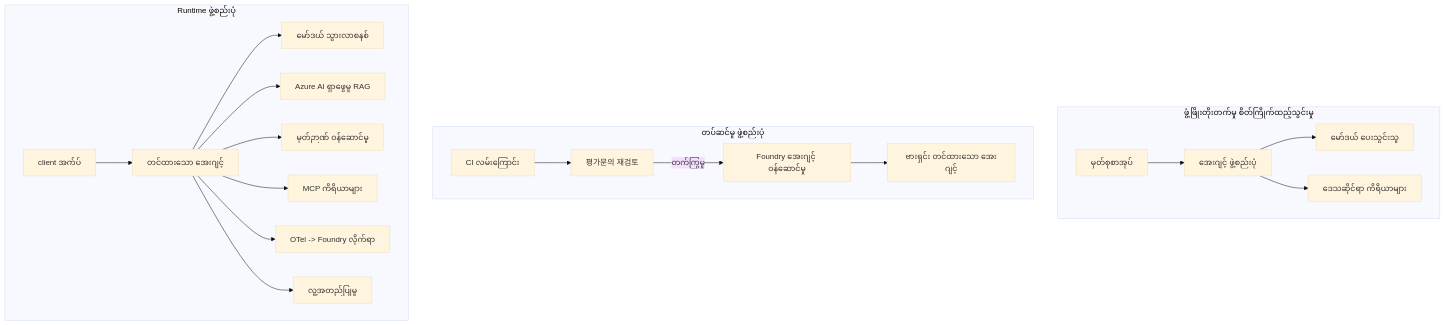
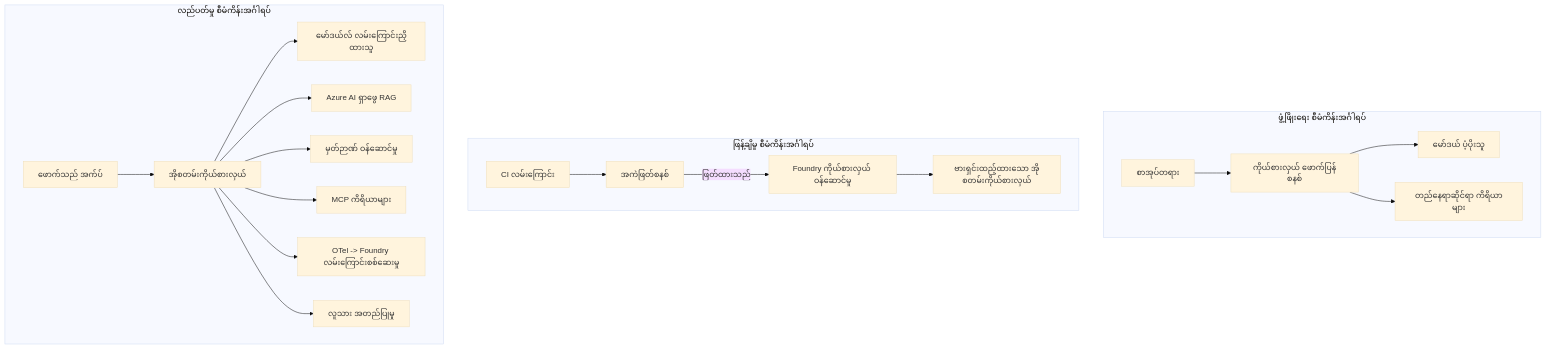
Before and after one commit to gabrielmoreira/agent-skills-mirror: the fourth of 4 diagrams in mirrors/repos/microsoft@ai-agents-for-beginners/translations/my/16-deploying-scalable-agents/README.md, drawn with Mermaid (base theme). The commit also changed other lines of this file and 3581 other files, not shown here.

````diff
--- a/mirrors/repos/microsoft@ai-agents-for-beginners/translations/my/16-deploying-scalable-agents/README.md
+++ b/mirrors/repos/microsoft@ai-agents-for-beginners/translations/my/16-deploying-scalable-agents/README.md
@@ -185,22 +185,22 @@
 ```mermaid
 flowchart TB
-    subgraph Dev[ဖွံ့ဖြိုးတိုးတက်မှု စိတ်ကြိုက်ထည့်သွင်းမှု]
-        D1[မှတ်စုစာအုပ်] --> D2[အေးဂျင့် ဖွဲ့စည်းပုံ]
-        D2 --> D3[မော်ဒယ် ပေးသွင်းသူ]
-        D2 --> D4[ဒေသဆိုင်ရာ ကိရိယာများ]
+    subgraph Dev[ဖွံ့ဖြိုးရေး စီမံကိန်းအင်္ဂါရပ်]
+        D1[စာအုပ်တရား] --> D2[ကိုယ်စားလှယ် ဖောက်ပြန်စနစ်]
+        D2 --> D3[မော်ဒယ် ပံ့ပိုးသူ]
+        D2 --> D4[တည်နေရာဆိုင်ရာ ကိရိယာများ]
     end
-    subgraph Deploy[တပ်ဆင်မှု ဖွဲ့စည်းပုံ]
-        E1[CI လမ်းကြောင်း] --> E2[평가문의 재검토]
-        E2 -->|တက်ကြွမှု| E3[Foundry အေးဂျင့် ဝန်ဆောင်မှု]
-        E3 --> E4[ဗားရှင်း တင်ထားသော အေးဂျင့်]
+    subgraph Deploy[ဖြန့်ချိမှု စီမံကိန်းအင်္ဂါရပ်]
+        E1[CI လမ်းကြောင်း] --> E2[အကဲဖြတ်စနစ်]
+        E2 -->|ဖြတ်ထားသည်| E3[Foundry ကိုယ်စားလှယ် ဝန်ဆောင်မှု]
+        E3 --> E4[ဗားရှင်းထည့်ထားသော အိုစတမ်းကိုယ်စားလှယ်]
     end
-    subgraph Run[Runtime ဖွဲ့စည်းပုံ]
-        F1[client အက်ပ်] --> F2[တင်ထားသော အေးဂျင့်]
-        F2 --> F3[မော်ဒယ် သွားလာစနစ်]
-        F2 --> F4[Azure AI ရှာဖွေမှု RAG]
+    subgraph Run[လည်ပတ်မှု စီမံကိန်းအင်္ဂါရပ်]
+        F1[ဖောက်သည် အက်ပ်] --> F2[အိုစတမ်းကိုယ်စားလှယ်]
+        F2 --> F3[မော်ဒယ်လ် လမ်းကြောင်းညှိထားသူ]
+        F2 --> F4[Azure AI ရှာဖွေ RAG]
         F2 --> F5[မှတ်ဉာဏ် ဝန်ဆောင်မှု]
         F2 --> F6[MCP ကိရိယာများ]
-        F2 --> F7[OTel -> Foundry လိုက်ရာ]
-        F2 --> F8[လူ့အတည်ပြုမှု]
+        F2 --> F7[OTel -> Foundry လမ်းကြောင်းစစ်ဆေးမှု]
+        F2 --> F8[လူသား အတည်ပြုမှု]
     end
 ```
````
